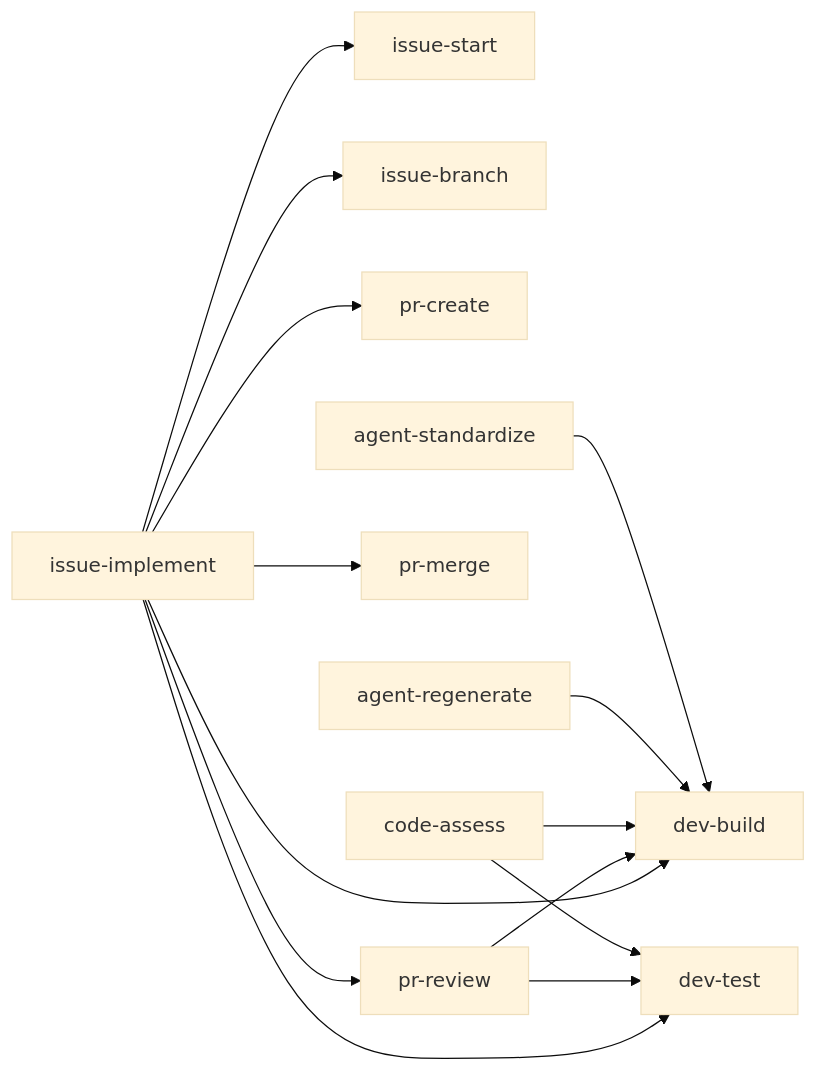
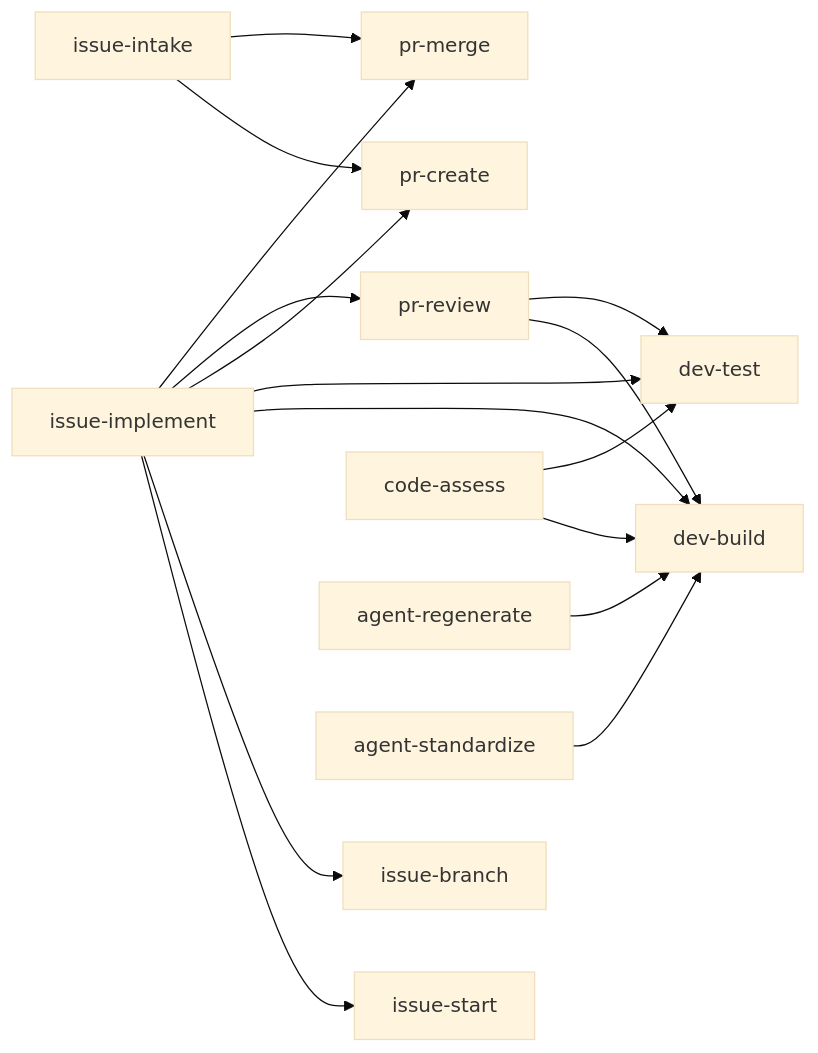
The second of 3 diagrams in docs/architecture.md (ashitaka-emishi/lob-online), drawn with Mermaid (base theme) before and after one commit. The commit also changed other lines of this file and 11 other files, not shown here.

First line of the commit message:
feat(issue-intake): promote to first-class agent with branch/PR workflow (#21)

````diff
--- a/docs/architecture.md
+++ b/docs/architecture.md
@@ -99,16 +104,18 @@
 ```mermaid
 graph LR
   issue-implement --> issue-start
   issue-implement --> issue-branch
   issue-implement --> dev-build
   issue-implement --> dev-test
   issue-implement --> pr-create
   issue-implement --> pr-review
   issue-implement --> pr-merge
+  issue-intake --> pr-create
+  issue-intake --> pr-merge
   pr-review --> dev-build
   pr-review --> dev-test
   code-assess --> dev-build
   code-assess --> dev-test
   agent-regenerate --> dev-build
   agent-standardize --> dev-build
 ```
````
